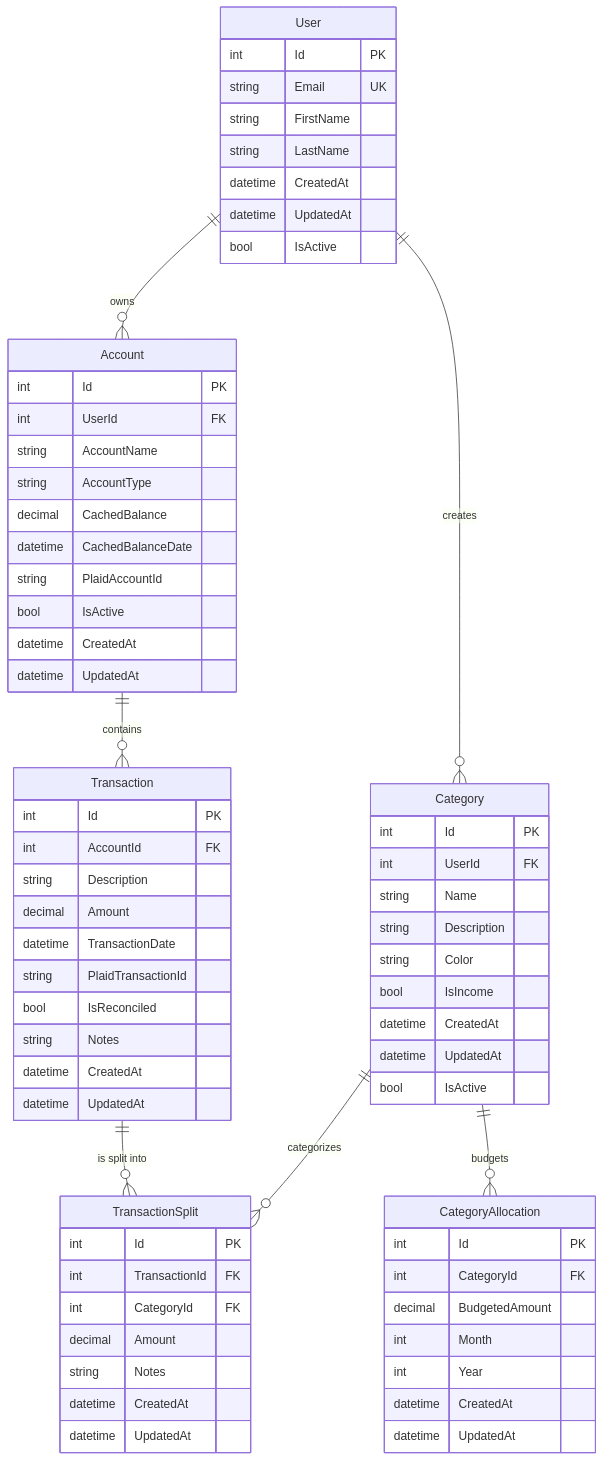
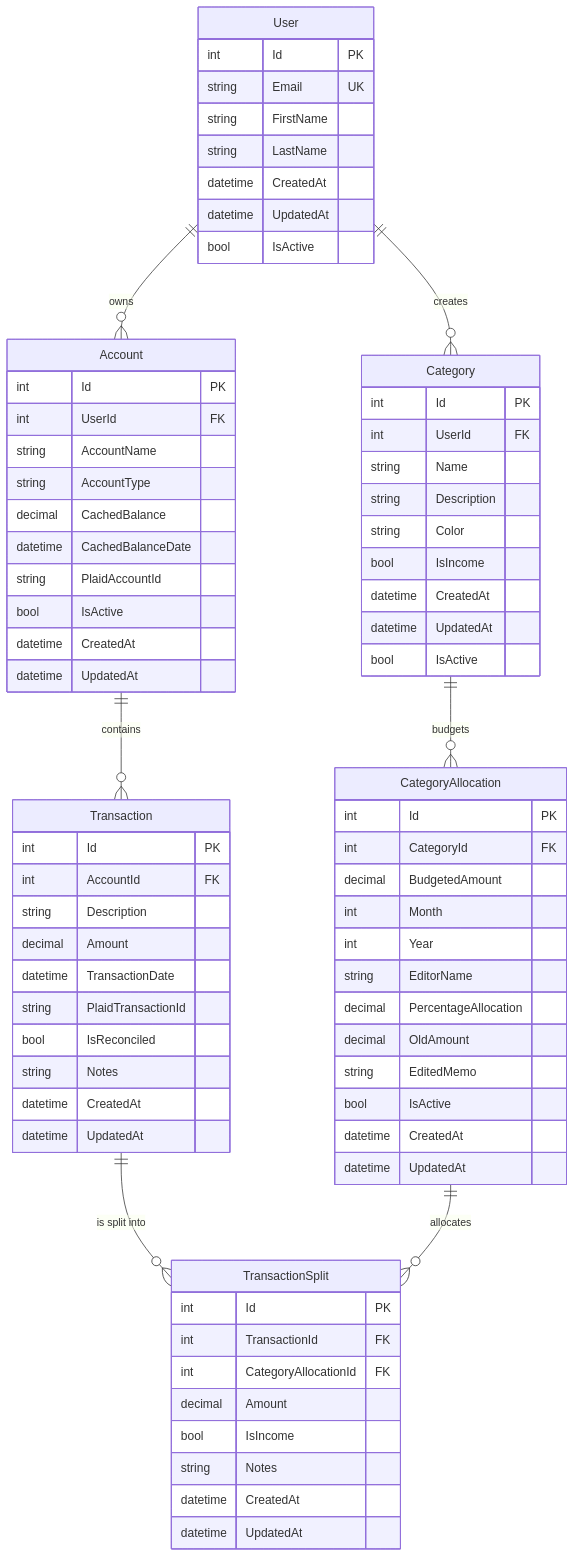
Before and after one commit to SnowSE/wnab: the diagram in database-erd.md, drawn with Mermaid. The commit also changed other lines of this file and 16 other files, not shown here.

````diff
--- a/database-erd.md
+++ b/database-erd.md
@@ -59,6 +59,11 @@
         decimal BudgetedAmount
         int Month
         int Year
+        string EditorName
+        decimal PercentageAllocation
+        decimal OldAmount
+        string EditedMemo
+        bool IsActive
         datetime CreatedAt
         datetime UpdatedAt
     }
@@ -66,8 +71,9 @@
     TransactionSplit {
         int Id PK
         int TransactionId FK
-        int CategoryId FK
+        int CategoryAllocationId FK
         decimal Amount
+        bool IsIncome
         string Notes
         datetime CreatedAt
         datetime UpdatedAt
@@ -79,6 +85,6 @@
     
     Account ||--o{ Transaction : "contains"
     Transaction ||--o{ TransactionSplit : "is split into"
-    Category ||--o{ TransactionSplit : "categorizes"
+    CategoryAllocation ||--o{ TransactionSplit : "allocates"
     Category ||--o{ CategoryAllocation : "budgets"
 ```
````
